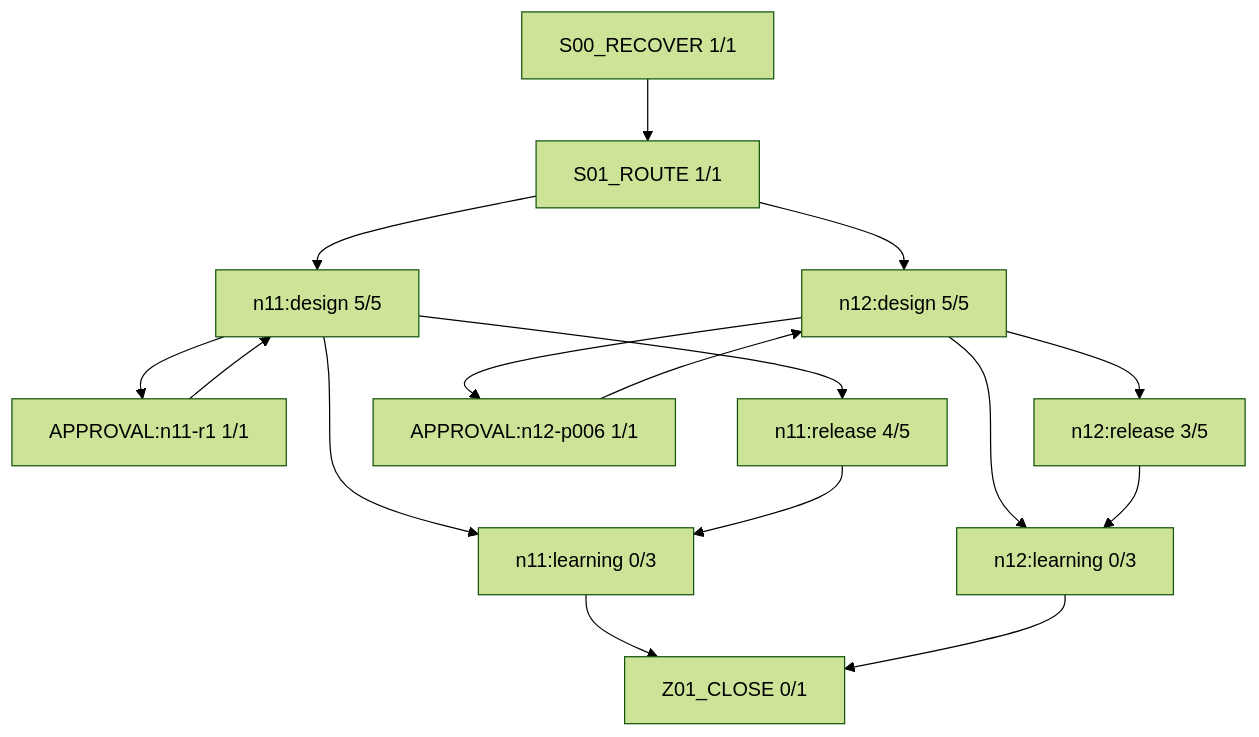
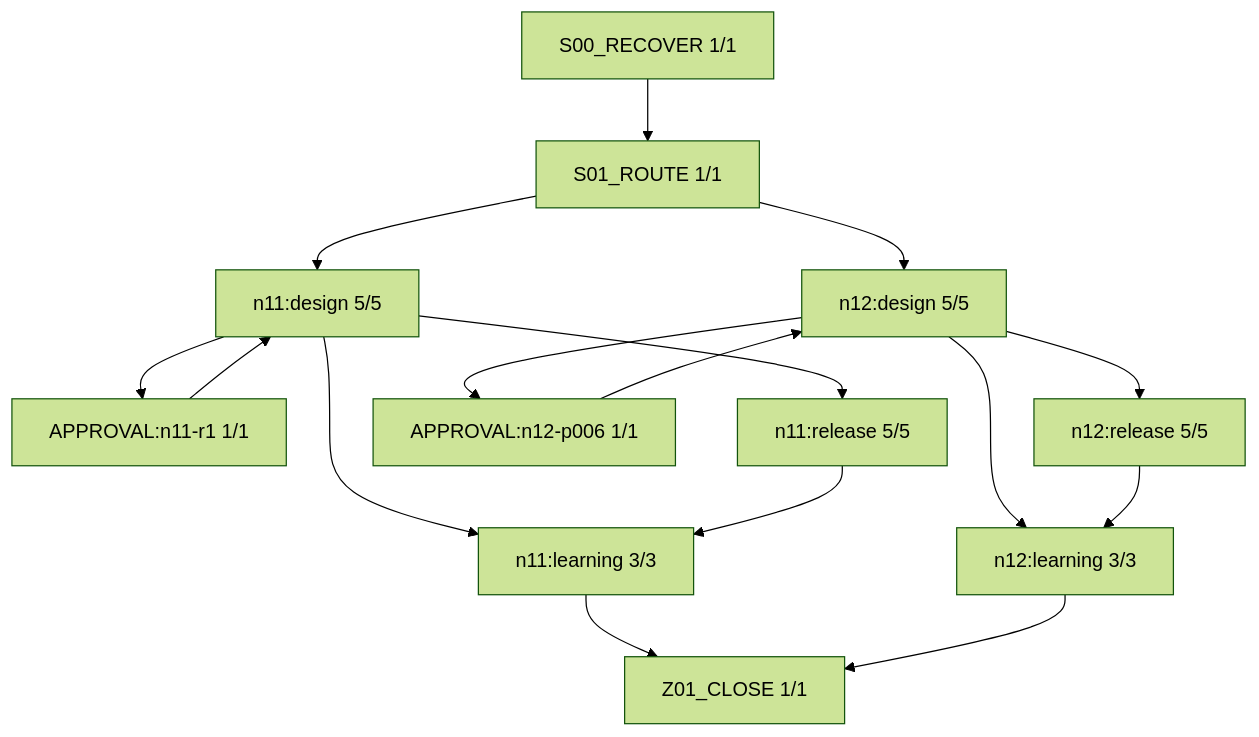
One commit to rrikunagasige-dot/kyotsu-step-web changed the diagram in work/items/W-MATH-047-n1112-guided-review/generated/FIRE_DIAGRAM.md. Above: the diagram before and after it, drawn with Mermaid (forest theme). The commit also changed other lines of this file and 93 other files, not shown here.

````diff
--- a/work/items/W-MATH-047-n1112-guided-review/generated/FIRE_DIAGRAM.md
+++ b/work/items/W-MATH-047-n1112-guided-review/generated/FIRE_DIAGRAM.md
@@ -5,29 +5,29 @@
 ```mermaid
 flowchart TD
   N0["S00_RECOVER 1/1"]
   N1["S01_ROUTE 1/1"]
   N2["n11:design 5/5"]
   N3["APPROVAL:n11-r1 1/1"]
-  N4["n11:release 4/5"]
+  N4["n11:release 5/5"]
   N5["n12:design 5/5"]
   N6["APPROVAL:n12-p006 1/1"]
-  N7["n12:release 3/5"]
-  N8["n11:learning 0/3"]
-  N9["n12:learning 0/3"]
-  N10["Z01_CLOSE 0/1"]
+  N7["n12:release 5/5"]
+  N8["n11:learning 3/3"]
+  N9["n12:learning 3/3"]
+  N10["Z01_CLOSE 1/1"]
   N3 --> N2
   N6 --> N5
   N0 --> N1
   N1 --> N2
   N1 --> N5
   N2 --> N3
   N2 --> N8
   N2 --> N4
   N8 --> N10
   N4 --> N8
   N5 --> N6
   N5 --> N9
   N5 --> N7
   N9 --> N10
   N7 --> N9
 ```
````
